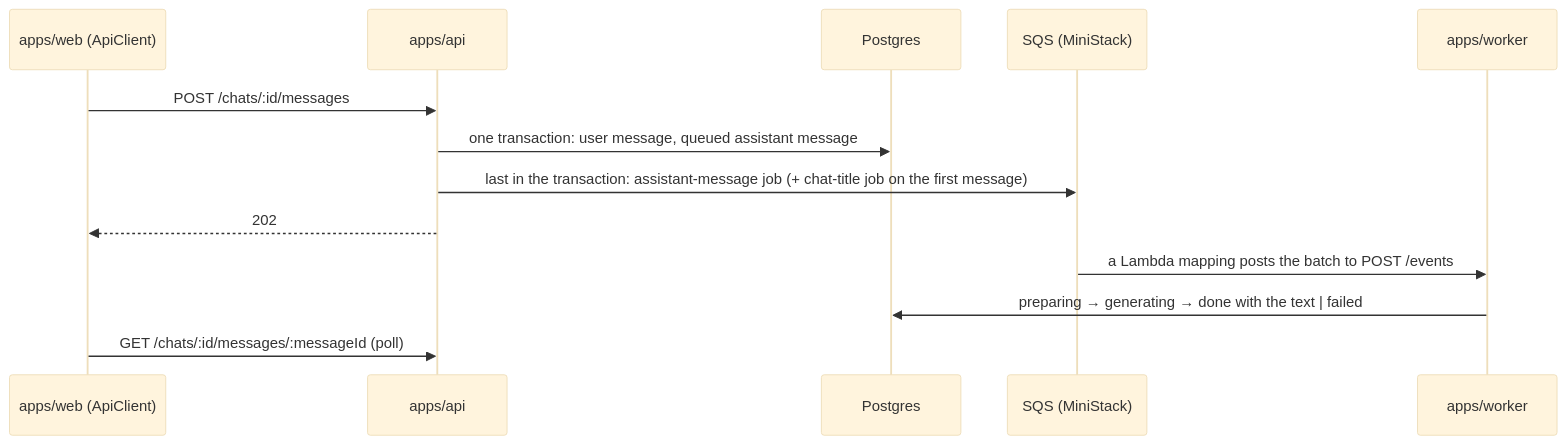
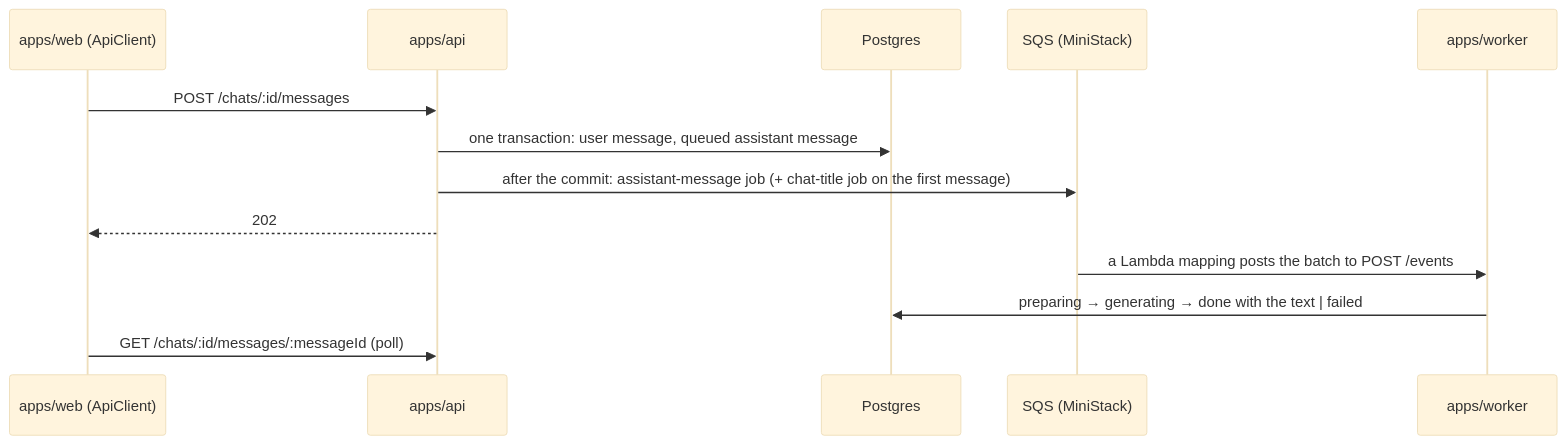
Before and after one commit to khotei/app-template: the first of 3 diagrams in README.md, drawn with Mermaid (base theme). The commit also changed other lines of this file and 4 other files, not shown here.

````diff
--- a/README.md
+++ b/README.md
@@ -31,15 +31,15 @@
 ```mermaid
 sequenceDiagram
   participant W as apps/web (ApiClient)
   participant A as apps/api
   participant S as Postgres
   participant Q as SQS (MiniStack)
   participant K as apps/worker
   W->>A: POST /chats/:id/messages
   A->>S: one transaction: user message, queued assistant message
-  A->>Q: last in the transaction: assistant-message job (+ chat-title job on the first message)
+  A->>Q: after the commit: assistant-message job (+ chat-title job on the first message)
   A-->>W: 202
   Q->>K: a Lambda mapping posts the batch to POST /events
   K->>S: preparing → generating → done with the text | failed
   W->>A: GET /chats/:id/messages/:messageId (poll)
 ```
````
